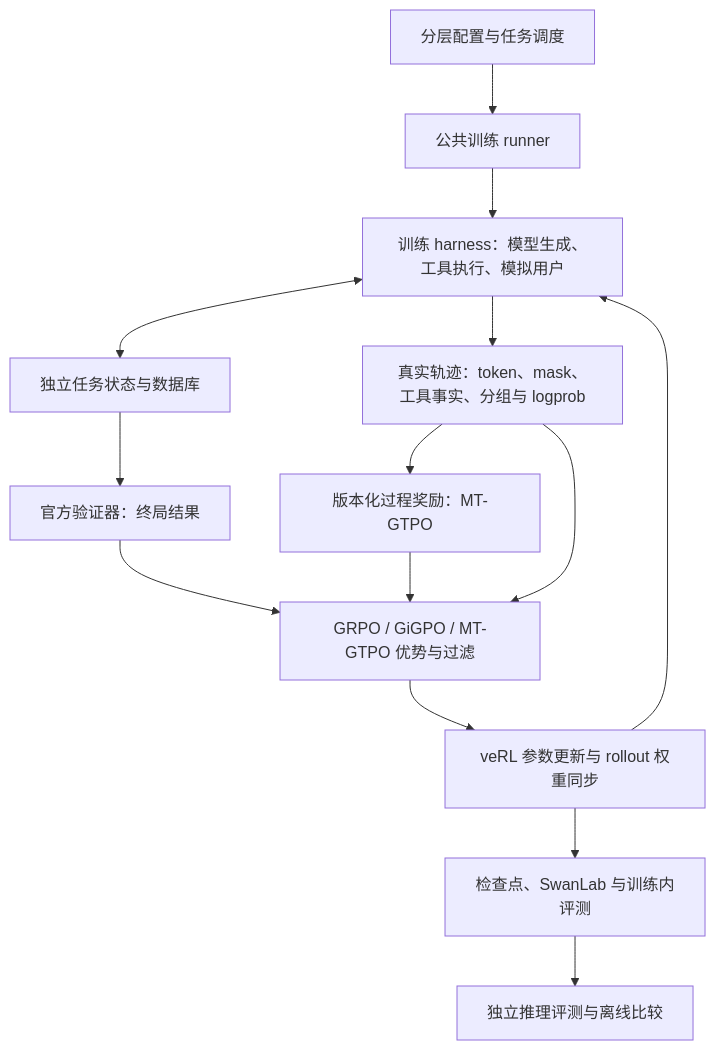
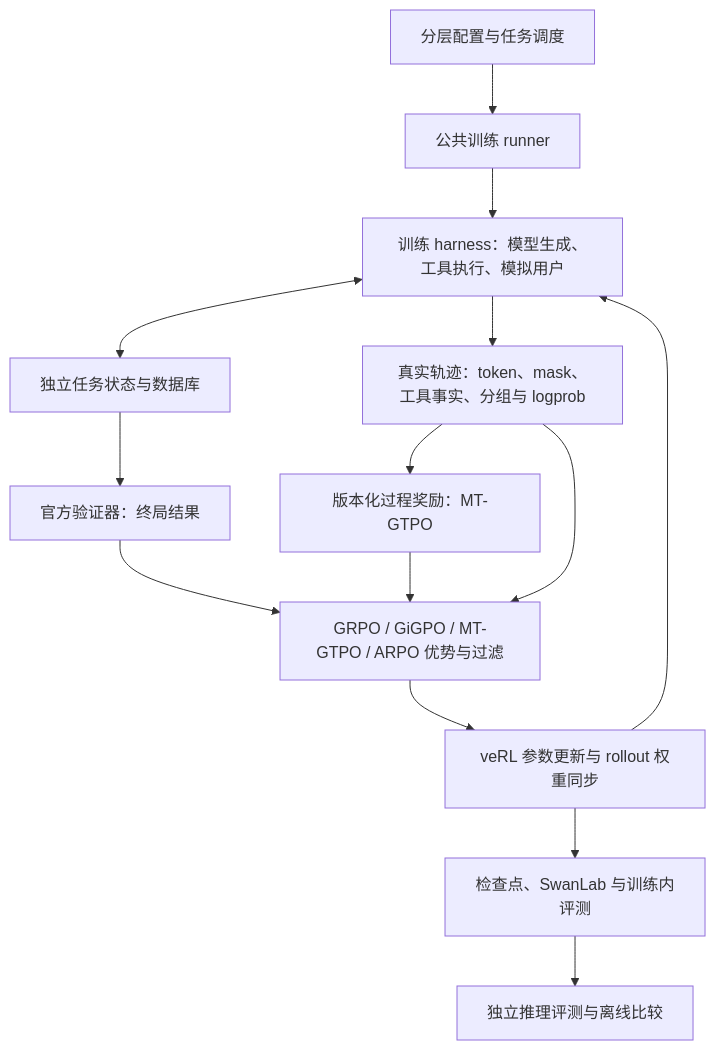
One commit to quizshin/tau2-grpo changed the diagram in README.md. Above: the diagram before and after it, drawn with Mermaid. The commit also changed other lines of this file and 6 other files, not shown here.

Commit message:
docs: publish current staged SFT and matched GRPO ARPO plan

````diff
--- a/README.md
+++ b/README.md
@@ -18,16 +69,16 @@
 ```mermaid
 flowchart TD
     C[分层配置与任务调度] --> R[公共训练 runner]
     R --> H[训练 harness：模型生成、工具执行、模拟用户]
     H <--> E[独立任务状态与数据库]
     H --> T[真实轨迹：token、mask、工具事实、分组与 logprob]
     E --> V[官方验证器：终局结果]
     T --> P[版本化过程奖励：MT-GTPO]
-    V --> A[GRPO / GiGPO / MT-GTPO 优势与过滤]
+    V --> A[GRPO / GiGPO / MT-GTPO / ARPO 优势与过滤]
     P --> A
     T --> A
     A --> U[veRL 参数更新与 rollout 权重同步]
     U --> H
     U --> S[检查点、SwanLab 与训练内评测]
     S --> I[独立推理评测与离线比较]
 ```
````
